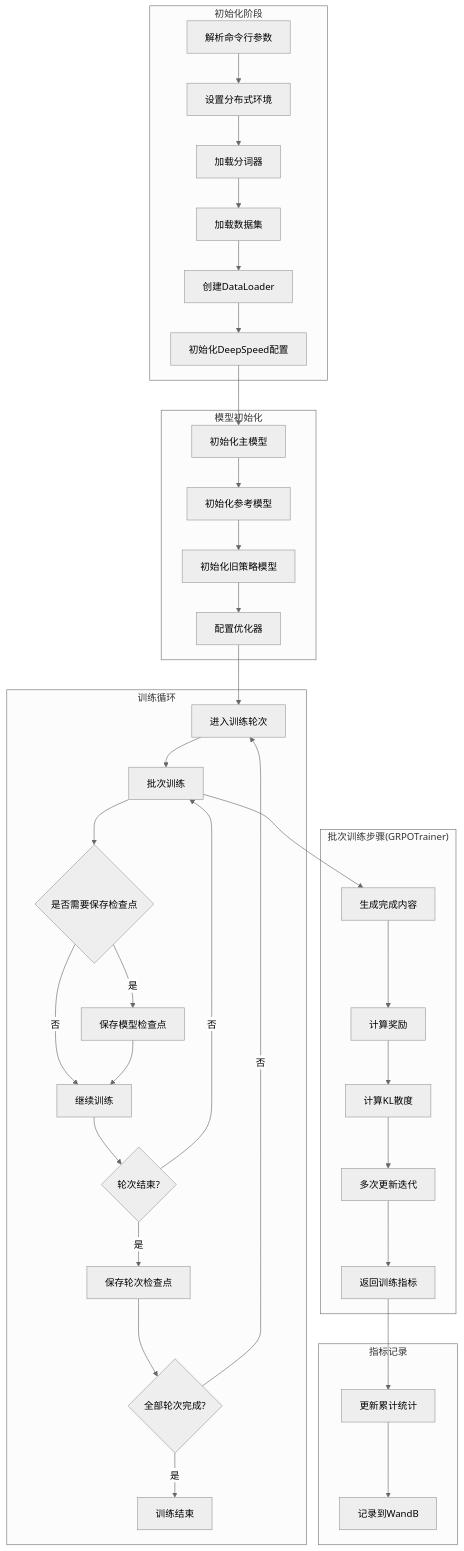
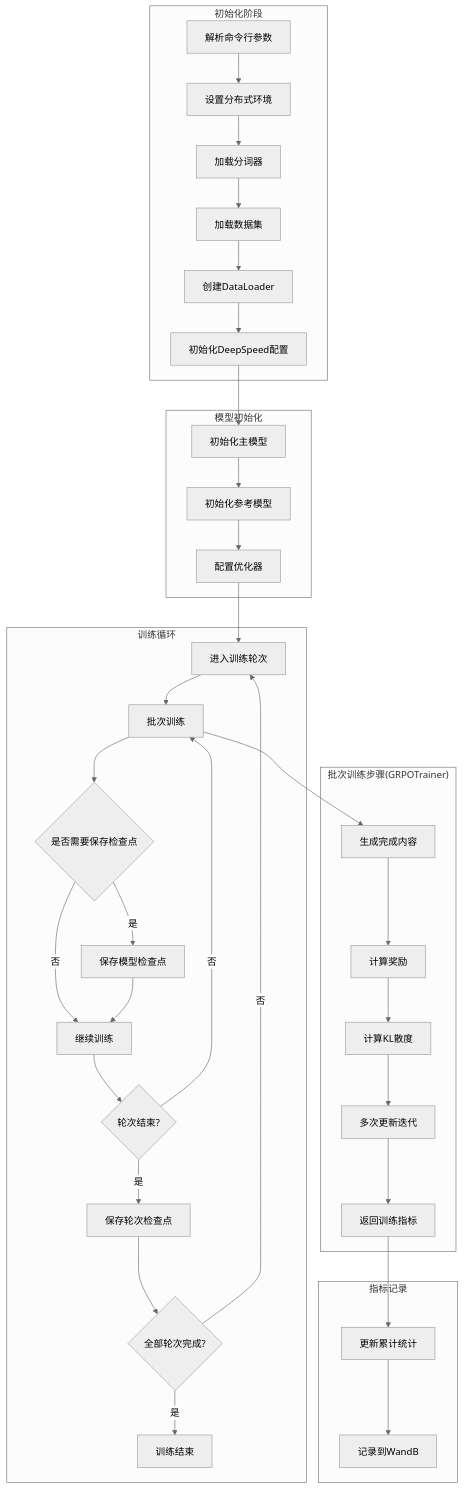
Before and after one commit to yynil/RWKVInside: the third of 3 diagrams in README.md, drawn with Mermaid (neutral theme). The commit also changed 3 other files, not shown here.

````diff
--- a/README.md
+++ b/README.md
@@ -119,45 +119,44 @@
 ```mermaid
 flowchart TB
     subgraph Init["初始化阶段"]
         A[解析命令行参数] --> B[设置分布式环境]
         B --> C[加载分词器]
         C --> D[加载数据集]
         D --> E[创建DataLoader]
         E --> F[初始化DeepSpeed配置]
     end
 
     subgraph Models["模型初始化"]
         F --> G[初始化主模型]
         G --> H[初始化参考模型]
-        H --> I[初始化旧策略模型]
-        I --> J[配置优化器]
+        H --> J[配置优化器]
     end
 
     subgraph Training["训练循环"]
         J --> K[进入训练轮次]
         K --> L[批次训练]
         L --> M{是否需要保存检查点}
         M -->|是| N[保存模型检查点]
         M -->|否| O[继续训练]
         N --> O
         O --> P{轮次结束?}
         P -->|否| L
         P -->|是| Q[保存轮次检查点]
         Q --> R{全部轮次完成?}
         R -->|否| K
         R -->|是| S[训练结束]
     end
 
     subgraph TrainStep["批次训练步骤(GRPOTrainer)"]
         L --> T[生成完成内容]
         T --> U[计算奖励]
         U --> V[计算KL散度]
         V --> W[多次更新迭代]
         W --> X[返回训练指标]
     end
 
     subgraph Metrics["指标记录"]
         X --> Y[更新累计统计]
         Y --> Z[记录到WandB]
     end
 ```
````
